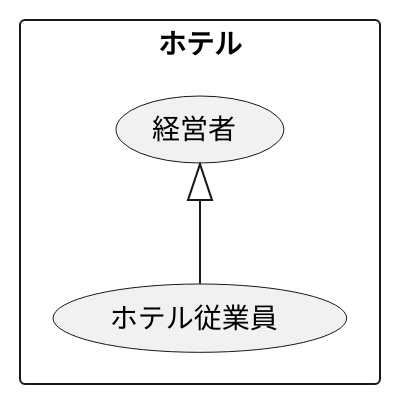
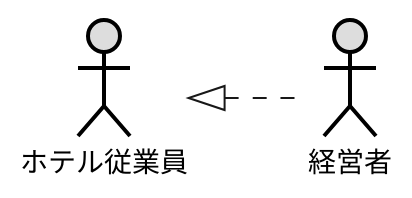
The diagram in 演習2-2_ホテル従業員.pu (nakamachiJP/uml-introduction), drawn with PlantUML before and after one commit.

Commit message:
演習2-2直し

```diff
--- a/演習2-2_ホテル従業員.pu
+++ b/演習2-2_ホテル従業員.pu
@@ -1,8 +1,9 @@
-@startuml ユースケース図
-' left to right direction
-rectangle ホテル {
-usecase 経営者
-usecase ホテル従業員
-}
-経営者 <|-- ホテル従業員
+@startuml 演習2-2
+left to right direction
+actor 経営者 #DDDDDD;line:black;line.bold;
+actor ホテル従業員 #DDDDDD;line:black;line.bold;
+
+ホテル従業員 <|-[dashed]- 経営者
+
+
 @enduml
```
